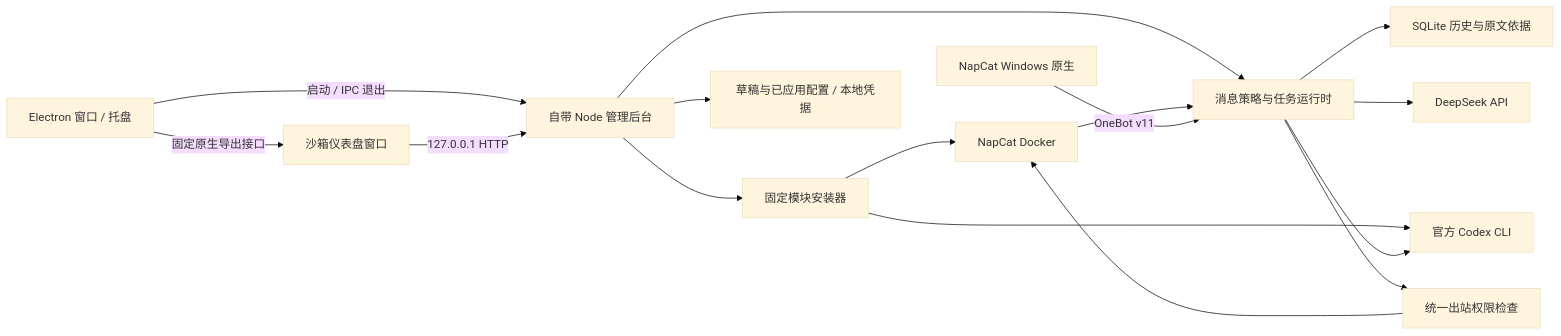
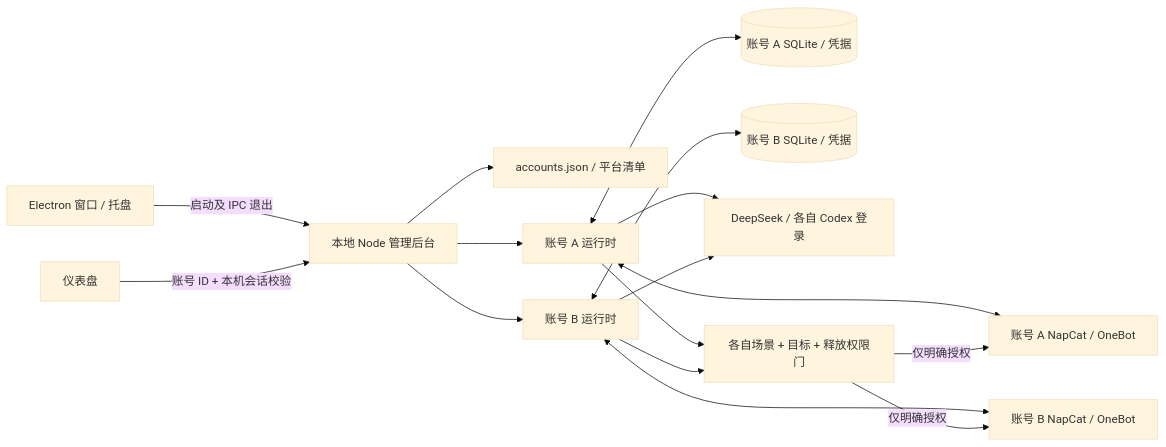
One commit to klwb360/QQ_Service changed the diagram in docs/ARCHITECTURE.md. Above: the diagram before and after it, drawn with Mermaid (base theme). The commit also changed other lines of this file and 36 other files, not shown here.

````diff
--- a/docs/ARCHITECTURE.md
+++ b/docs/ARCHITECTURE.md
@@ -24,18 +25,18 @@
 ```mermaid
 flowchart LR
-  Desktop[Electron 窗口 / 托盘] -->|启动 / IPC 退出| Server[自带 Node 管理后台]
-  UI[沙箱仪表盘窗口] -->|127.0.0.1 HTTP| Server
-  Desktop -->|固定原生导出接口| UI
-  Server --> Installer[固定模块安装器]
-  Installer --> NapCat[NapCat Docker]
-  Installer --> CLI[官方 Codex CLI]
-  Server --> Config[草稿与已应用配置 / 本地凭据]
-  Server --> Runtime[消息策略与任务运行时]
-  NapCat --> Runtime
-  Native[NapCat Windows 原生] -->|OneBot v11| Runtime
-  Runtime --> Store[SQLite 历史与原文依据]
-  Runtime --> DS[DeepSeek API]
-  Runtime --> CLI
-  Runtime --> Gate[统一出站权限检查]
-  Gate --> NapCat
+  Desktop[Electron 窗口 / 托盘] -->|启动及 IPC 退出| Server[本地 Node 管理后台]
+  UI[仪表盘] -->|账号 ID + 本机会话校验| Server
+  Server --> Catalog[accounts.json / 平台清单]
+  Server --> A[账号 A 运行时]
+  Server --> B[账号 B 运行时]
+  A <--> NA[账号 A NapCat / OneBot]
+  B <--> NB[账号 B NapCat / OneBot]
+  A <--> SA[(账号 A SQLite / 凭据)]
+  B <--> SB[(账号 B SQLite / 凭据)]
+  A --> Models[DeepSeek / 各自 Codex 登录]
+  B --> Models
+  A --> Gate[各自场景 + 目标 + 释放权限门]
+  B --> Gate
+  Gate -->|仅明确授权| NA
+  Gate -->|仅明确授权| NB
 ```
````
